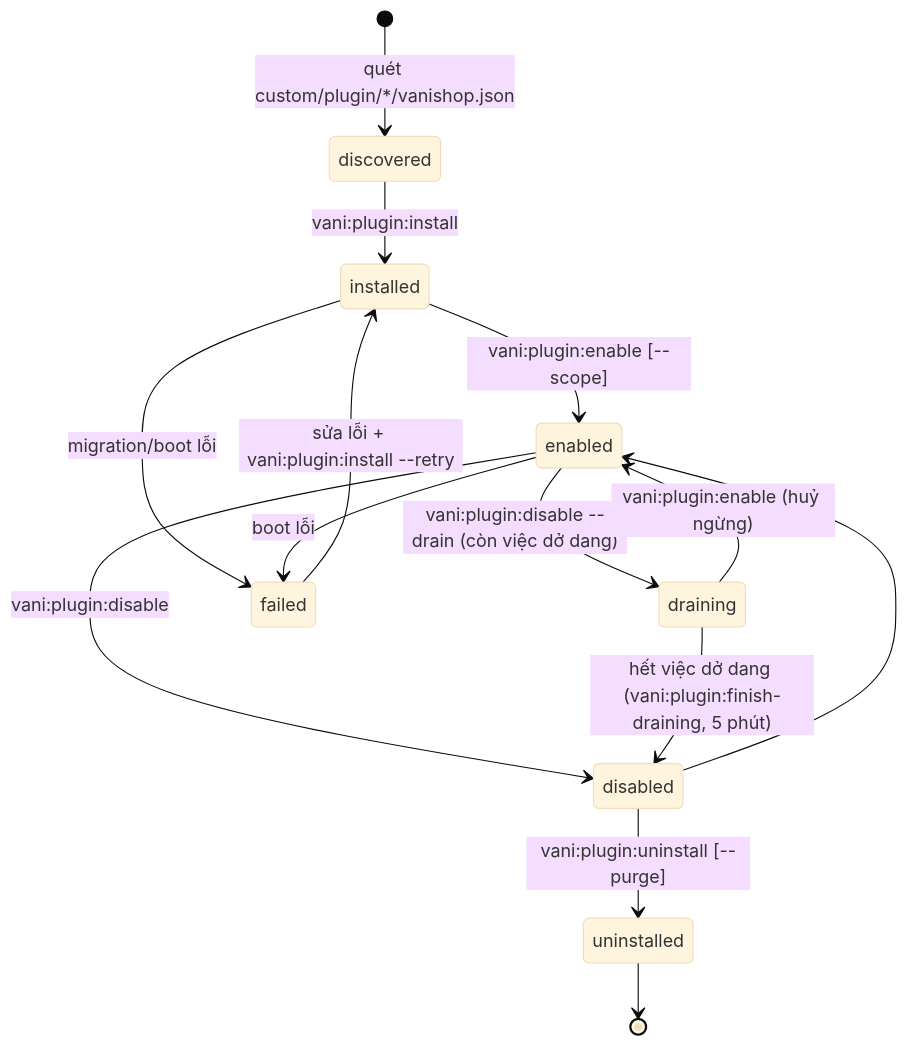
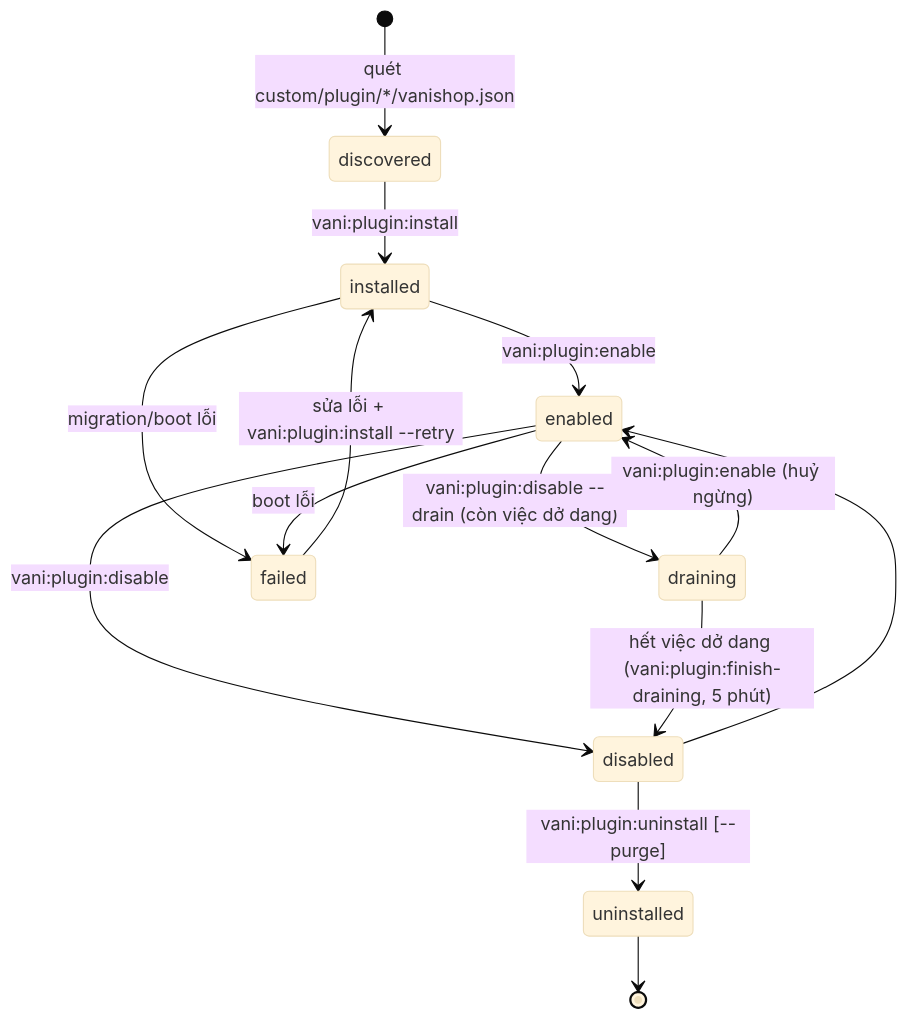
Before and after one commit to ptdat97/vanishop: the diagram in docs/05-plugin/plugin-system.md, drawn with Mermaid (base theme). The commit also changed other lines of this file and 28 other files, not shown here.

````diff
--- a/docs/05-plugin/plugin-system.md
+++ b/docs/05-plugin/plugin-system.md
@@ -86,16 +86,16 @@
 ```mermaid
 stateDiagram-v2
     [*] --> discovered: quét custom/plugin/*/vanishop.json
     discovered --> installed: vani:plugin:install
-    installed --> enabled: vani:plugin:enable [--scope]
+    installed --> enabled: vani:plugin:enable
     enabled --> disabled: vani:plugin:disable
     enabled --> draining: vani:plugin:disable --drain (còn việc dở dang)
     draining --> disabled: hết việc dở dang (vani:plugin:finish-draining, 5 phút)
     draining --> enabled: vani:plugin:enable (huỷ ngừng)
     disabled --> enabled
     disabled --> uninstalled: vani:plugin:uninstall [--purge]
     uninstalled --> [*]
     installed --> failed: migration/boot lỗi
     enabled --> failed: boot lỗi
     failed --> installed: sửa lỗi + vani:plugin:install --retry
 ```
````
